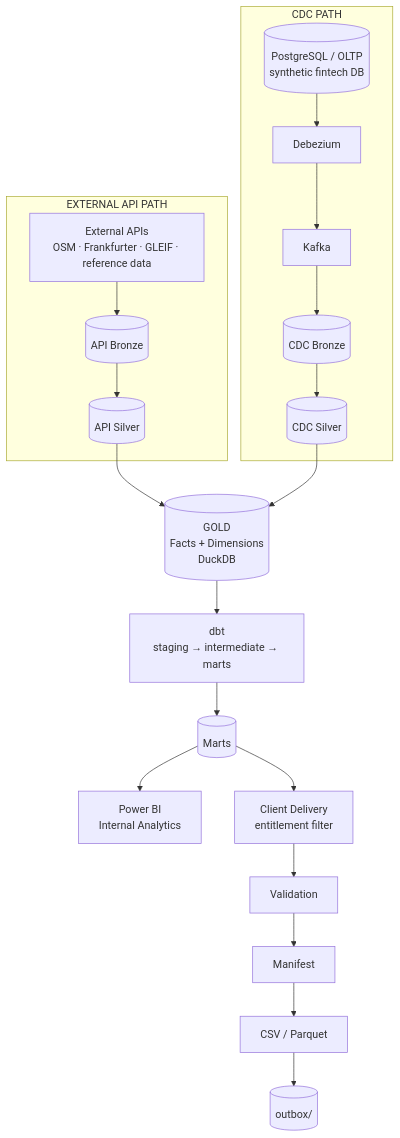
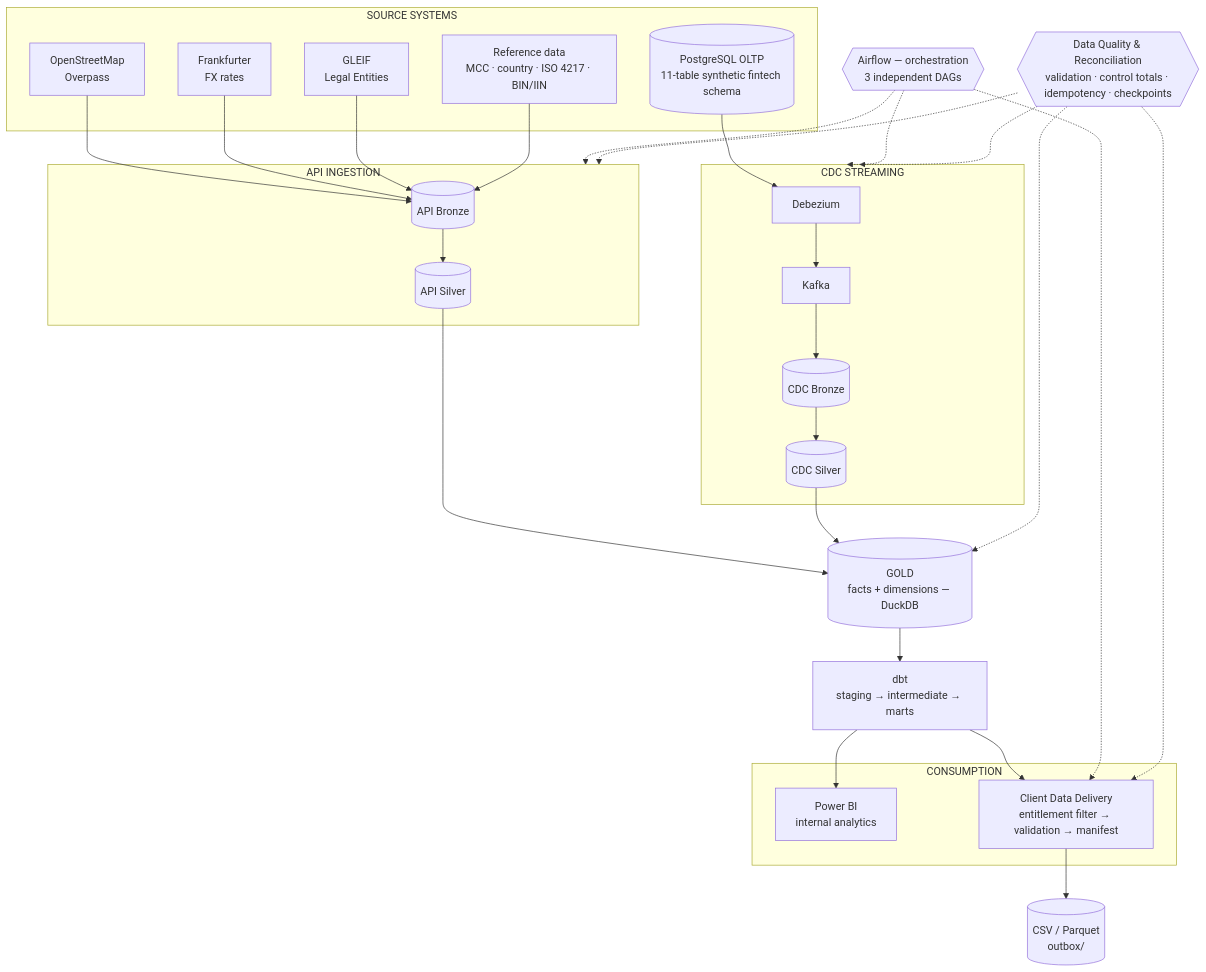
The first of 2 diagrams in architecture/diagrams/01-overall-architecture.md (mumairnawaz/MerchantMCC-DE), drawn with Mermaid before and after one commit. The commit also changed other lines of this file and 35 other files, not shown here.

Commit message:
Enhance portfolio documentation and architecture evidence

````diff
--- a/architecture/diagrams/01-overall-architecture.md
+++ b/architecture/diagrams/01-overall-architecture.md
@@ -6,27 +6,49 @@
 ```mermaid
 flowchart TB
-    subgraph SRC1["EXTERNAL API PATH"]
-        EXT["External APIs<br/>OSM · Frankfurter · GLEIF · reference data"] --> ABronze[("API Bronze")]
-        ABronze --> ASilver[("API Silver")]
+    subgraph SOURCES["SOURCE SYSTEMS"]
+        OSM["OpenStreetMap<br/>Overpass"]
+        FX["Frankfurter<br/>FX rates"]
+        GLEIF["GLEIF<br/>Legal Entities"]
+        REF["Reference data<br/>MCC · country · ISO 4217 · BIN/IIN"]
+        PG[("PostgreSQL OLTP<br/>11-table synthetic fintech schema")]
     end
 
-    subgraph SRC2["CDC PATH"]
-        PG[("PostgreSQL / OLTP<br/>synthetic fintech DB")] --> DBZ["Debezium"]
-        DBZ --> KAFKA["Kafka"]
-        KAFKA --> CBronze[("CDC Bronze")]
-        CBronze --> CSilver[("CDC Silver")]
+    subgraph APIPATH["API INGESTION"]
+        ABronze[("API Bronze")] --> ASilver[("API Silver")]
     end
 
-    ASilver --> GOLD[("GOLD<br/>Facts + Dimensions<br/>DuckDB")]
+    subgraph CDCPATH["CDC STREAMING"]
+        DBZ["Debezium"] --> KAFKA["Kafka"] --> CBronze[("CDC Bronze")] --> CSilver[("CDC Silver")]
+    end
+
+    OSM --> ABronze
+    FX --> ABronze
+    GLEIF --> ABronze
+    REF --> ABronze
+    PG --> DBZ
+
+    ASilver --> GOLD[("GOLD<br/>facts + dimensions — DuckDB")]
     CSilver --> GOLD
 
     GOLD --> DBT["dbt<br/>staging → intermediate → marts"]
-    DBT --> MARTS[("Marts")]
 
-    MARTS --> BI["Power BI<br/>Internal Analytics"]
-    MARTS --> ENT["Client Delivery<br/>entitlement filter"]
-    ENT --> VAL["Validation"]
-    VAL --> MAN["Manifest"]
-    MAN --> FILES["CSV / Parquet"]
-    FILES --> OUTBOX[("outbox/")]
+    subgraph CONSUMPTION["CONSUMPTION"]
+        BI["Power BI<br/>internal analytics"]
+        DELIVERY["Client Data Delivery<br/>entitlement filter → validation → manifest"]
+    end
+
+    DBT --> BI
+    DBT --> DELIVERY
+    DELIVERY --> FILES[("CSV / Parquet<br/>outbox/")]
+
+    ORCH{{"Airflow — orchestration<br/>3 independent DAGs"}}
+    ORCH -.-> APIPATH
+    ORCH -.-> CDCPATH
+    ORCH -.-> DELIVERY
+
+    QUALITY{{"Data Quality & Reconciliation<br/>validation · control totals · idempotency · checkpoints"}}
+    QUALITY -.-> APIPATH
+    QUALITY -.-> CDCPATH
+    QUALITY -.-> GOLD
+    QUALITY -.-> DELIVERY
 ```
````
